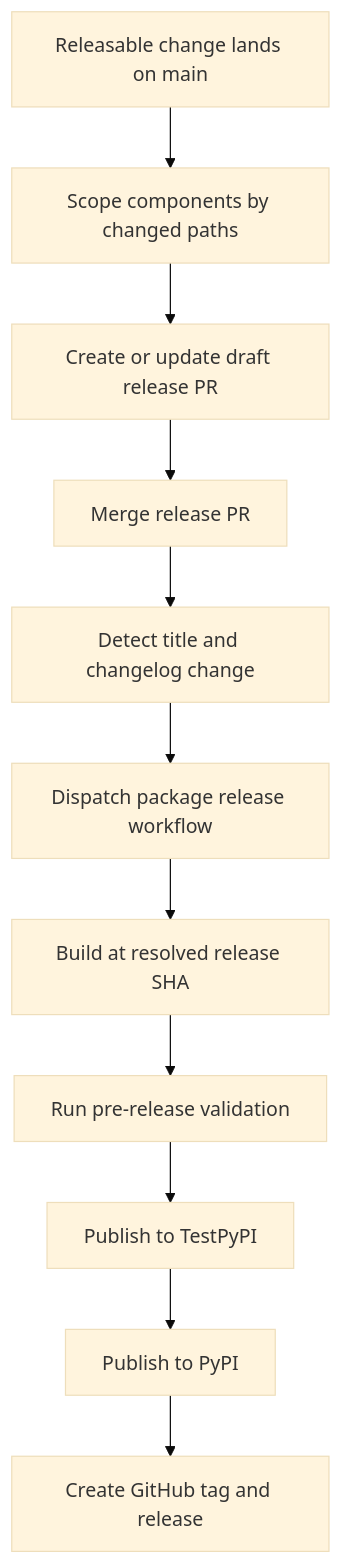
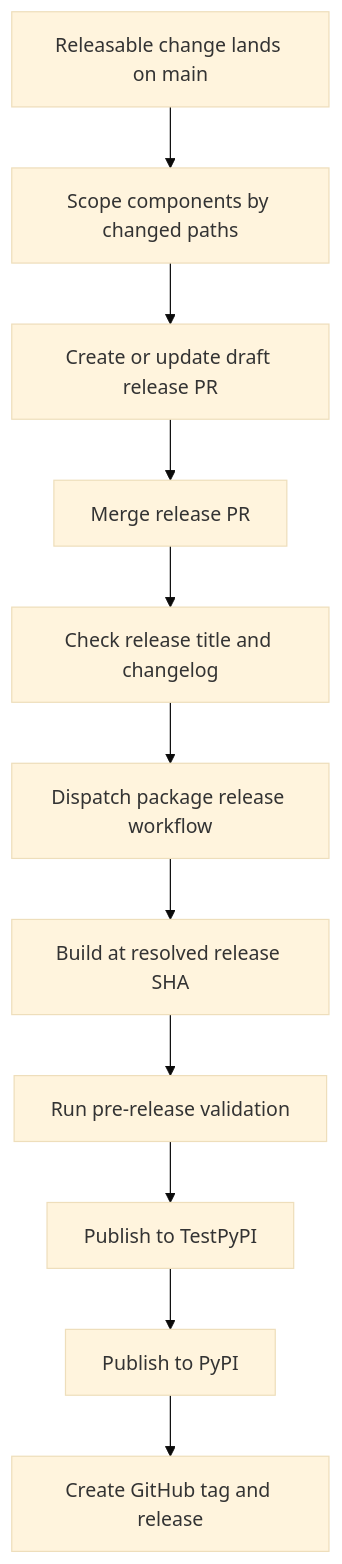
One commit to langchain-ai/deepagents changed the second of 2 diagrams in openwiki/operations/development.md. Above: the diagram before and after it, drawn with Mermaid (base theme). The commit also changed other lines of this file and 63 other files, not shown here.

````diff
--- a/openwiki/operations/development.md
+++ b/openwiki/operations/development.md
@@ -157,13 +151,13 @@
 ```mermaid
 flowchart TD
     Land["Releasable change lands on main"] --> Scope["Scope components by changed paths"]
     Scope --> Draft["Create or update draft release PR"]
     Draft --> Merge["Merge release PR"]
-    Merge --> Detect["Detect title and changelog change"]
+    Merge --> Detect["Check release title and changelog"]
     Detect --> Dispatch["Dispatch package release workflow"]
     Dispatch --> Build["Build at resolved release SHA"]
     Build --> Validate["Run pre-release validation"]
     Validate --> TestIndex["Publish to TestPyPI"]
     TestIndex --> Publish["Publish to PyPI"]
     Publish --> Tag["Create GitHub tag and release"]
 ```
````
